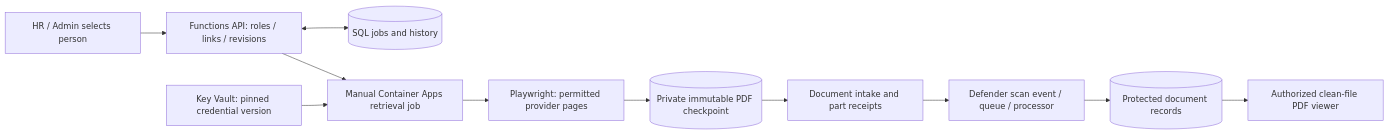
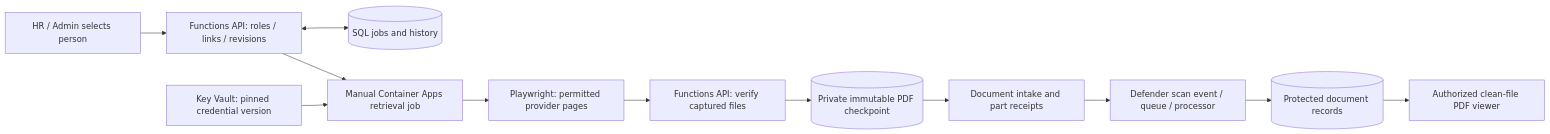
Before and after one commit to truthofsource/fowler-background-report-retrieval: the diagram in README.md, drawn with Mermaid. The commit also changed other lines of this file and 19 other files, not shown here.

````diff
--- a/README.md
+++ b/README.md
@@ -51,13 +51,14 @@
 ```mermaid
 flowchart LR
   Staff[HR / Admin selects person] --> API[Functions API: roles / links / revisions]
   API <--> SQL[(SQL jobs and history)]
   API --> Job[Manual Container Apps retrieval job]
   Vault[Key Vault: pinned credential version] --> Job
   Job --> Browser[Playwright: permitted provider pages]
-  Browser --> Capture[(Private immutable PDF checkpoint)]
+  Browser --> StageAPI[Functions API: verify captured files]
+  StageAPI --> Capture[(Private immutable PDF checkpoint)]
   Capture --> Intake[Document intake and part receipts]
   Intake --> Scan[Defender scan event / queue / processor]
   Scan --> Evidence[(Protected document records)]
   Evidence --> View[Authorized clean-file PDF viewer]
 ```
````
